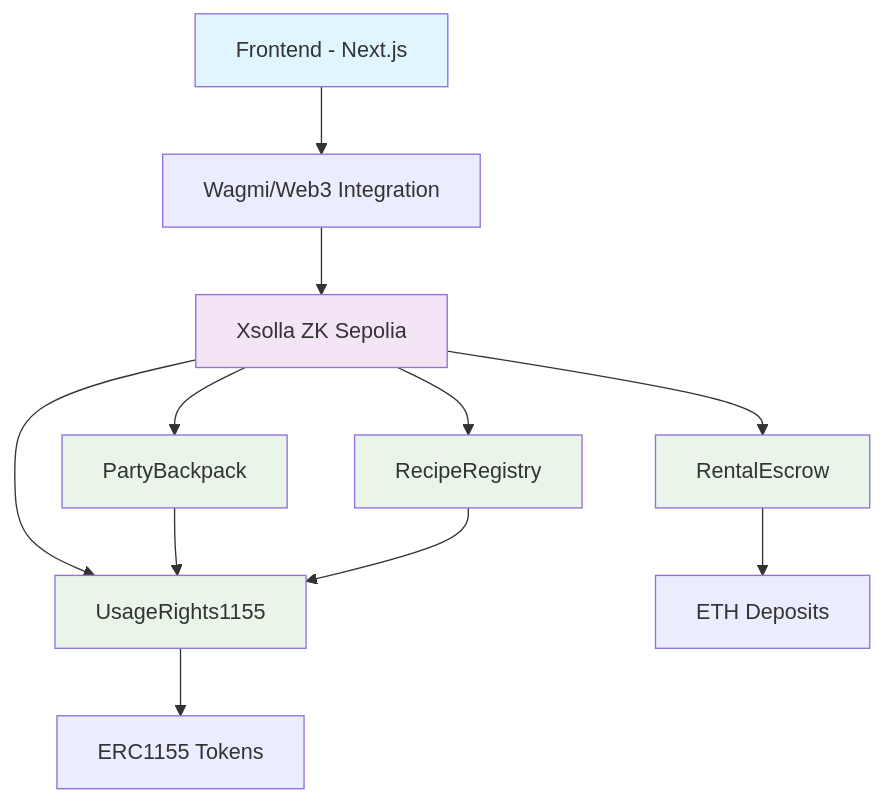
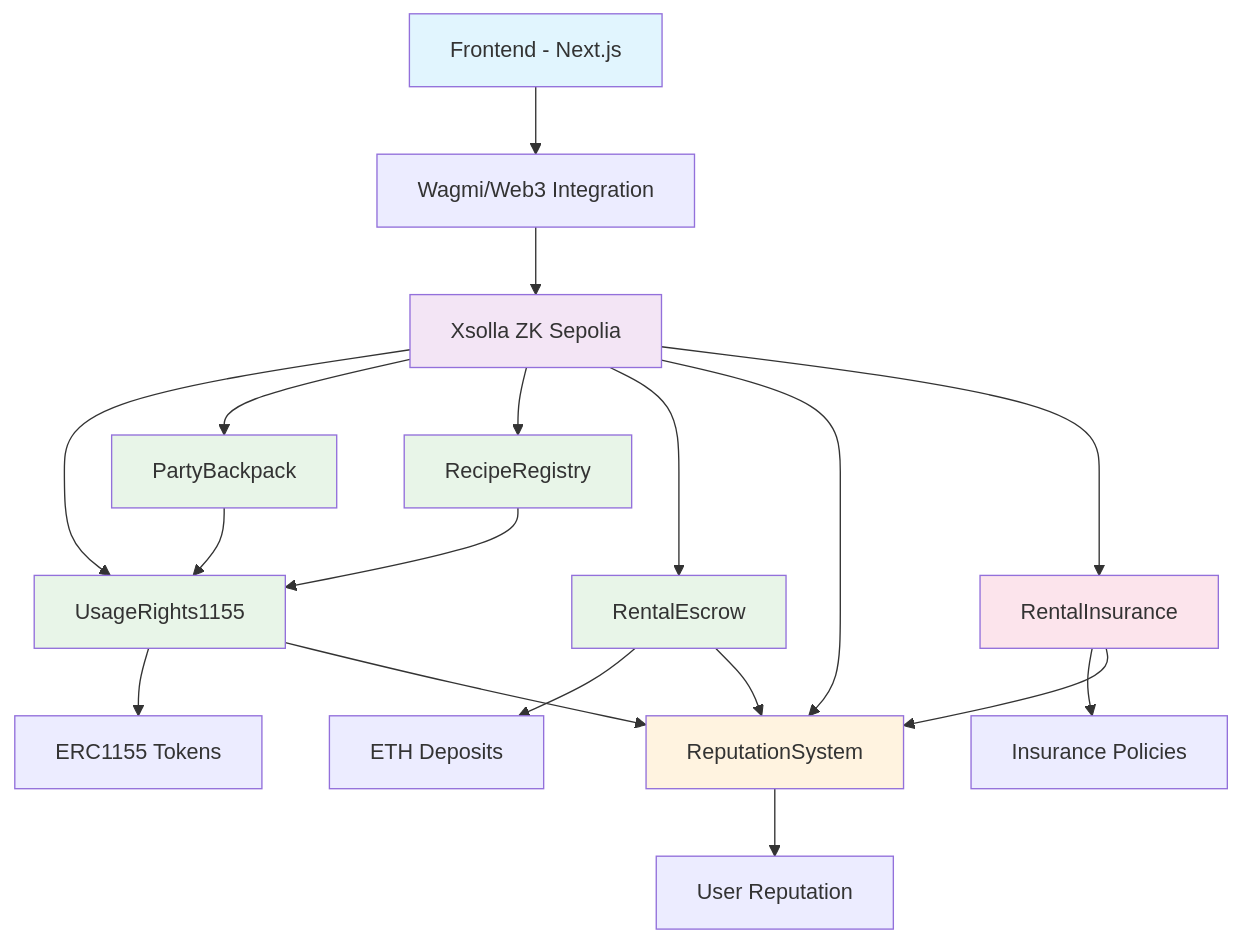
The diagram in README.md (Azizkubanychbek/1155), drawn with Mermaid before and after one commit. The commit also changed other lines of this file and 18 other files, not shown here.

````diff
--- a/README.md
+++ b/README.md
@@ -28,21 +33,31 @@
 ```mermaid
 graph TB
     A[Frontend - Next.js] --> B[Wagmi/Web3 Integration]
     B --> C[Xsolla ZK Sepolia]
     C --> D[UsageRights1155]
     C --> E[PartyBackpack]
     C --> F[RecipeRegistry]
     C --> G[RentalEscrow]
+    C --> J[ReputationSystem]
+    C --> K[RentalInsurance]
     
     D --> H[ERC1155 Tokens]
     E --> D
     F --> D
     G --> I[ETH Deposits]
+    J --> L[User Reputation]
+    K --> M[Insurance Policies]
+    
+    D --> J
+    G --> J
+    K --> J
     
     style A fill:#e1f5fe
     style C fill:#f3e5f5
     style D fill:#e8f5e8
     style E fill:#e8f5e8
     style F fill:#e8f5e8
     style G fill:#e8f5e8
+    style J fill:#fff3e0
+    style K fill:#fce4ec
 ```
````
